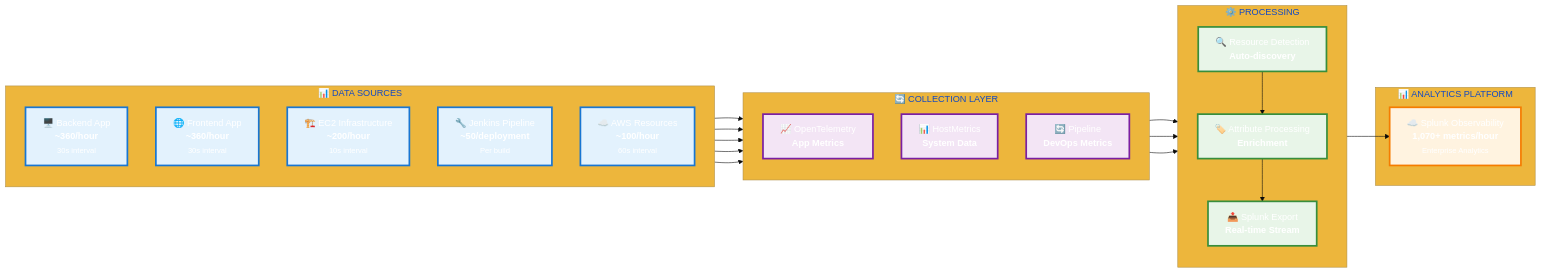
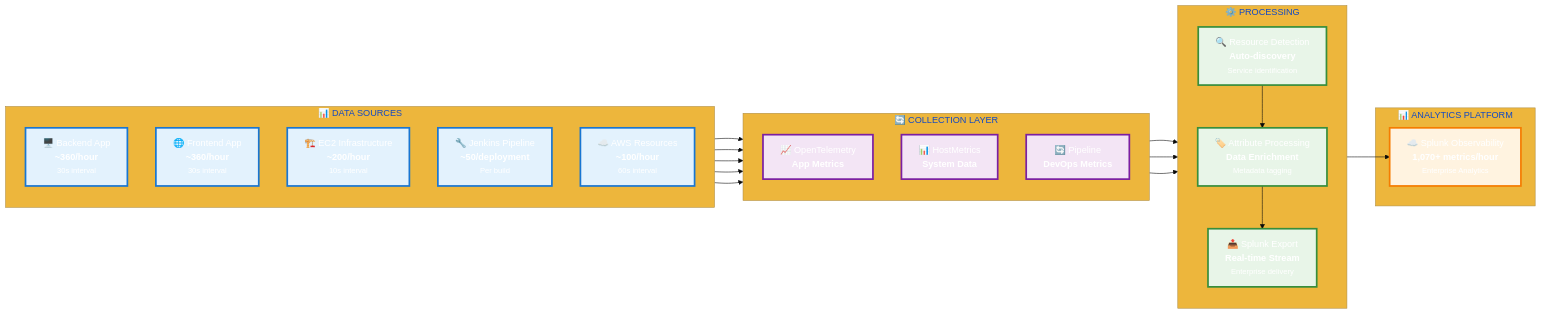
Before and after one commit to andreaendigital/CarPricePredictor-Demo: the third of 4 diagrams in docs/jenkins/DOCUMENTATION_FOR_EXPO.md, drawn with Mermaid.

Commit message:
docs: Enhanced Data Collection Flow processing section with vertical layout

````diff
--- a/docs/jenkins/DOCUMENTATION_FOR_EXPO.md
+++ b/docs/jenkins/DOCUMENTATION_FOR_EXPO.md
@@ -223,55 +223,55 @@
 ```mermaid
 %%{init: {'theme': 'base', 'themeVariables': {'primaryColor': '#2563eb', 'primaryTextColor': '#ffffff'}}}%%
 
 flowchart LR
     subgraph SOURCES ["📊 DATA SOURCES"]
         direction TB
         S1["🖥️ Backend App<br/><b>~360/hour</b><br/><small>30s interval</small>"]
         S2["🌐 Frontend App<br/><b>~360/hour</b><br/><small>30s interval</small>"]
         S3["🏗️ EC2 Infrastructure<br/><b>~200/hour</b><br/><small>10s interval</small>"]
         S4["🔧 Jenkins Pipeline<br/><b>~50/deployment</b><br/><small>Per build</small>"]
         S5["☁️ AWS Resources<br/><b>~100/hour</b><br/><small>60s interval</small>"]
     end
 
     subgraph COLLECTORS ["🔄 COLLECTION LAYER"]
         direction TB
         C1["📈 OpenTelemetry<br/><b>App Metrics</b>"]
         C2["📊 HostMetrics<br/><b>System Data</b>"]
         C3["🔄 Pipeline<br/><b>DevOps Metrics</b>"]
     end
 
     subgraph PROCESSING ["⚙️ PROCESSING"]
         direction TB
-        P1["🔍 Resource Detection<br/><b>Auto-discovery</b>"]
-        P2["🏷️ Attribute Processing<br/><b>Enrichment</b>"]
-        P3["📤 Splunk Export<br/><b>Real-time Stream</b>"]
+        P1["🔍 Resource Detection<br/><b>Auto-discovery</b><br/><small>Service identification</small>"]
+        P2["🏷️ Attribute Processing<br/><b>Data Enrichment</b><br/><small>Metadata tagging</small>"]
+        P3["📤 Splunk Export<br/><b>Real-time Stream</b><br/><small>Enterprise delivery</small>"]
     end
 
     subgraph ANALYTICS ["📊 ANALYTICS PLATFORM"]
         A1["☁️ Splunk Observability<br/><b>1,070+ metrics/hour</b><br/><small>Enterprise Analytics</small>"]
     end
 
     S1 --> C1
     S2 --> C1
     S3 --> C2
     S4 --> C3
     S5 --> C2
 
     C1 --> P1
     C2 --> P1
     C3 --> P1
 
     P1 --> P2
     P2 --> P3
     P3 --> A1
 
     classDef sources fill:#e3f2fd,stroke:#1976d2,stroke-width:3px
     classDef collectors fill:#f3e5f5,stroke:#7b1fa2,stroke-width:3px
     classDef processing fill:#e8f5e8,stroke:#388e3c,stroke-width:3px
     classDef analytics fill:#fff3e0,stroke:#f57c00,stroke-width:3px
 
     class S1,S2,S3,S4,S5 sources
     class C1,C2,C3 collectors
     class P1,P2,P3 processing
     class A1 analytics
 ```
````
